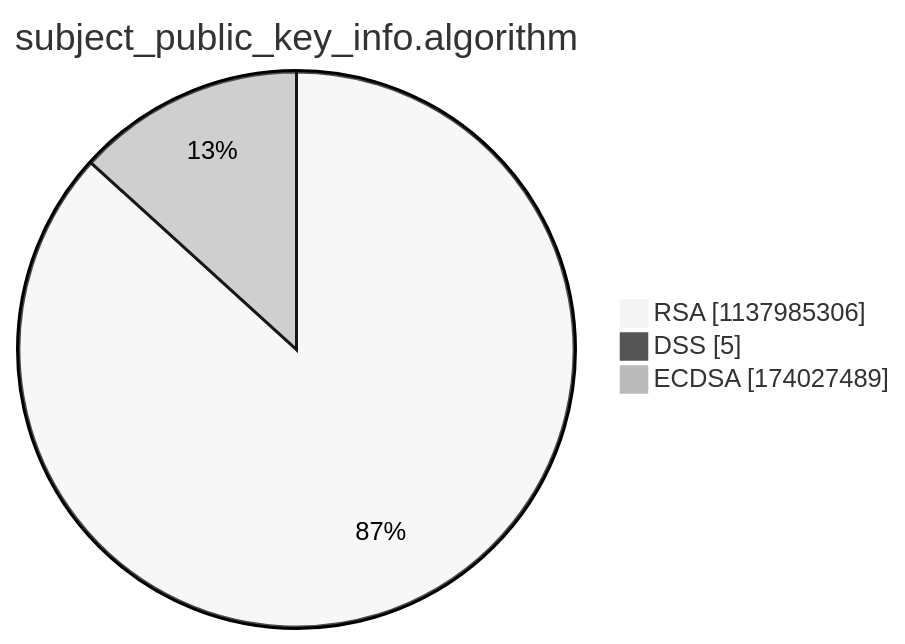
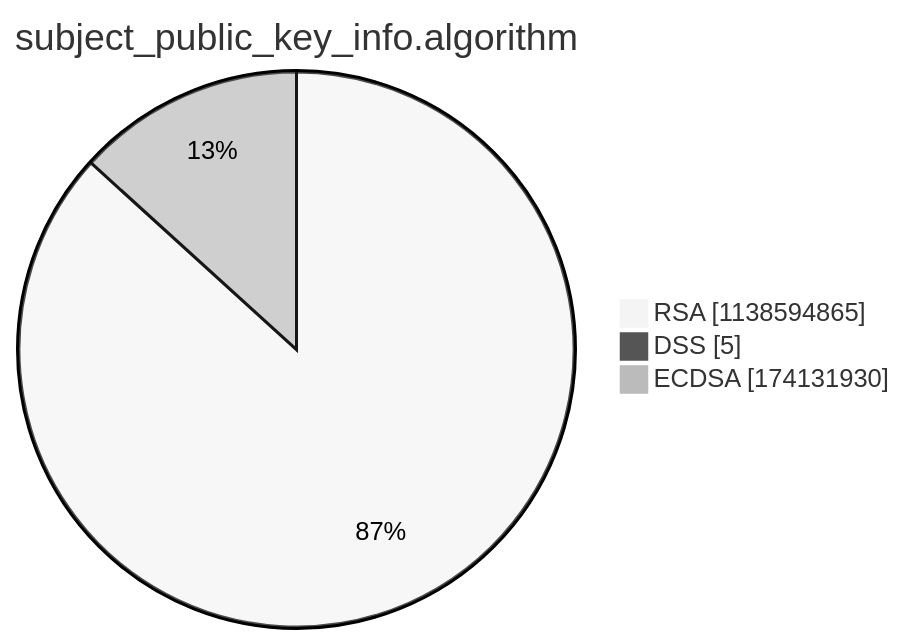
One commit to christiankrug/ctmonitor_visualization changed the third of 15 diagrams in argon2022/README.md. Above: the diagram before and after it, drawn with Mermaid (neutral theme). The commit also changed other lines of this file, not shown here.

````diff
--- a/argon2022/README.md
+++ b/argon2022/README.md
@@ -14,7 +14,7 @@
 ```mermaid
 pie showData
 title subject_public_key_info.algorithm
-"RSA" :1137985306
+"RSA" :1138594865
 "DSS" :5
-"ECDSA" :174027489
+"ECDSA" :174131930
 ```
````
